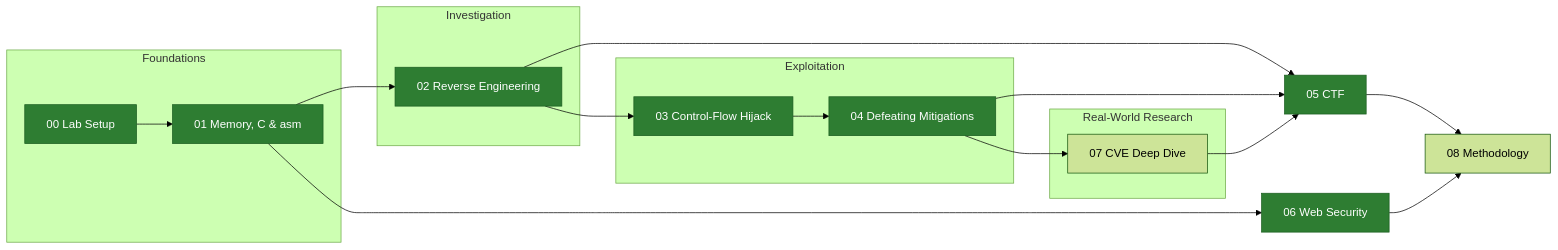
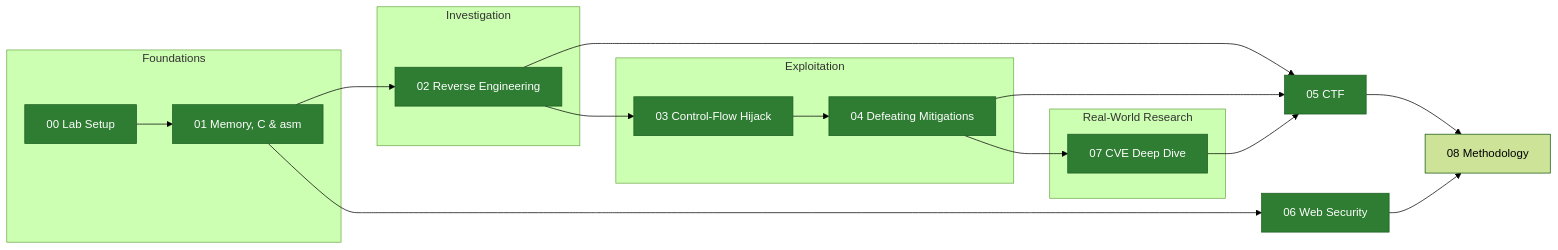
The diagram in README.md (amichaimukades/vr-portfolio), drawn with Mermaid (forest theme) before and after one commit. The commit also changed other lines of this file, not shown here.

````diff
--- a/README.md
+++ b/README.md
@@ -25,27 +25,27 @@
 ```mermaid
 flowchart LR
     subgraph F[Foundations]
         S0[00 Lab Setup]
         S1[01 Memory, C & asm]
     end
     subgraph I[Investigation]
         S2[02 Reverse Engineering]
     end
     subgraph E[Exploitation]
         S3[03 Control-Flow Hijack]
         S4[04 Defeating Mitigations]
     end
     subgraph R[Real-World Research]
         S7[07 CVE Deep Dive]
     end
     S0 --> S1 --> S2 --> S3 --> S4 --> S7
     S2 --> S5[05 CTF]
     S4 --> S5
     S7 --> S5
     S1 --> S6[06 Web Security]
     S5 --> S8[08 Methodology]
     S6 --> S8
 
     classDef done fill:#2e7d32,color:#fff,stroke:#1b5e20
-    class S0,S1,S2,S3,S4,S5,S6 done
+    class S0,S1,S2,S3,S4,S5,S6,S7 done
 ```
````
